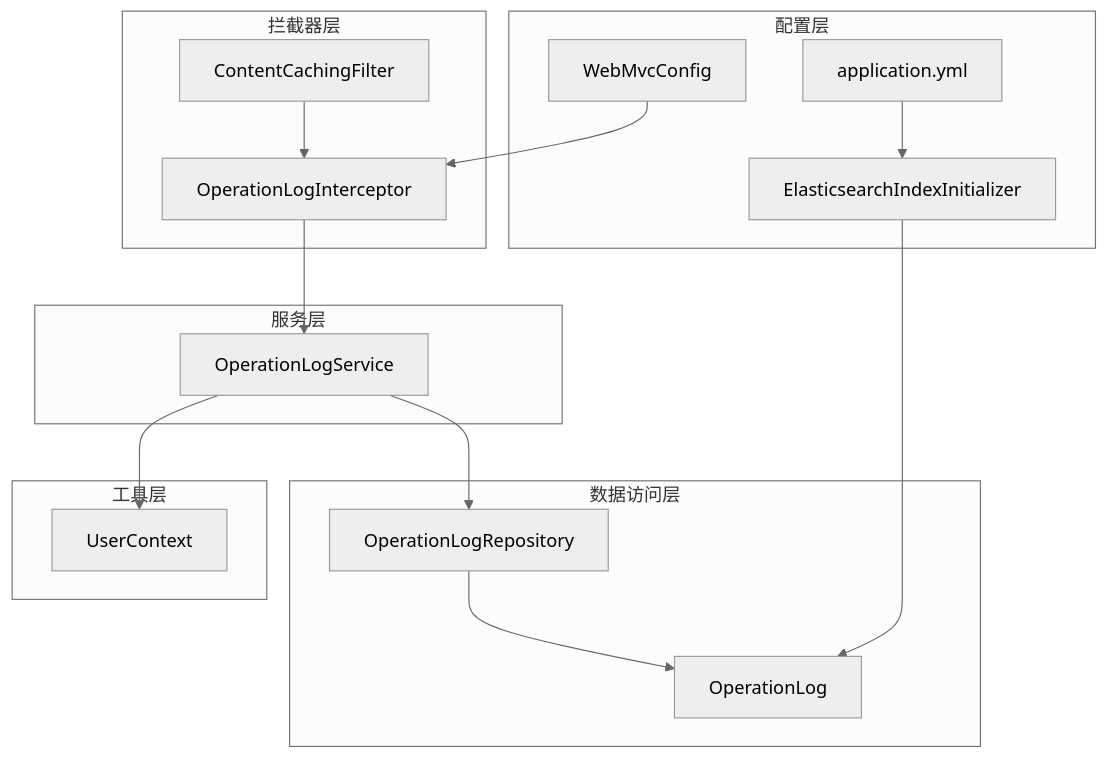
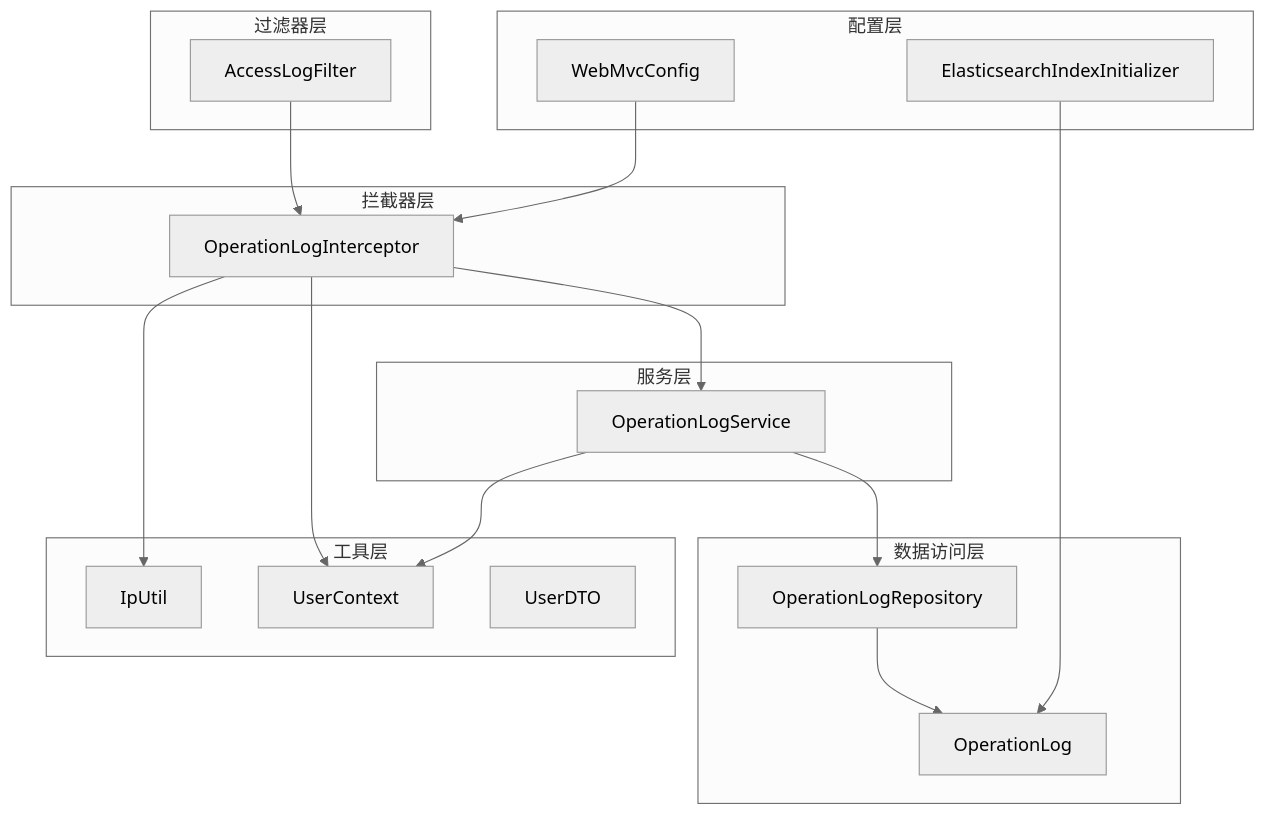
The first of 11 diagrams in .qoder/repowiki/zh/content/操作日志系统/操作日志系统.md (20164206160/zhishilu), drawn with Mermaid (neutral theme) before and after one commit. The commit also changed other lines of this file and 28 other files, not shown here.

````diff
--- a/.qoder/repowiki/zh/content/操作日志系统/操作日志系统.md
+++ b/.qoder/repowiki/zh/content/操作日志系统/操作日志系统.md
@@ -45,30 +48,34 @@
 ```mermaid
 graph TB
+subgraph "过滤器层"
+AccessLogFilter[AccessLogFilter]
+end
+subgraph "拦截器层"
+OperationLogInterceptor[OperationLogInterceptor]
+end
 subgraph "配置层"
 WebMvcConfig[WebMvcConfig]
-ESConfig[application.yml]
 ESInit[ElasticsearchIndexInitializer]
 end
-subgraph "拦截器层"
-Interceptor[OperationLogInterceptor]
-CachingFilter[ContentCachingFilter]
-end
 subgraph "服务层"
-Service[OperationLogService]
+OperationLogService[OperationLogService]
 end
 subgraph "数据访问层"
-Repo[OperationLogRepository]
-Entity[OperationLog]
+OperationLogRepository[OperationLogRepository]
+OperationLog[OperationLog]
 end
 subgraph "工具层"
 UserContext[UserContext]
+IpUtil[IpUtil]
+UserDTO[UserDTO]
 end
-WebMvcConfig --> Interceptor
-CachingFilter --> Interceptor
-Interceptor --> Service
-Service --> Repo
-Repo --> Entity
-ESInit --> Entity
-ESConfig --> ESInit
-Service --> UserContext
+AccessLogFilter --> OperationLogInterceptor
+OperationLogInterceptor --> OperationLogService
+OperationLogService --> OperationLogRepository
+OperationLogRepository --> OperationLog
+WebMvcConfig --> OperationLogInterceptor
+ESInit --> OperationLog
+OperationLogService --> UserContext
+OperationLogInterceptor --> UserContext
+OperationLogInterceptor --> IpUtil
 ```
````
